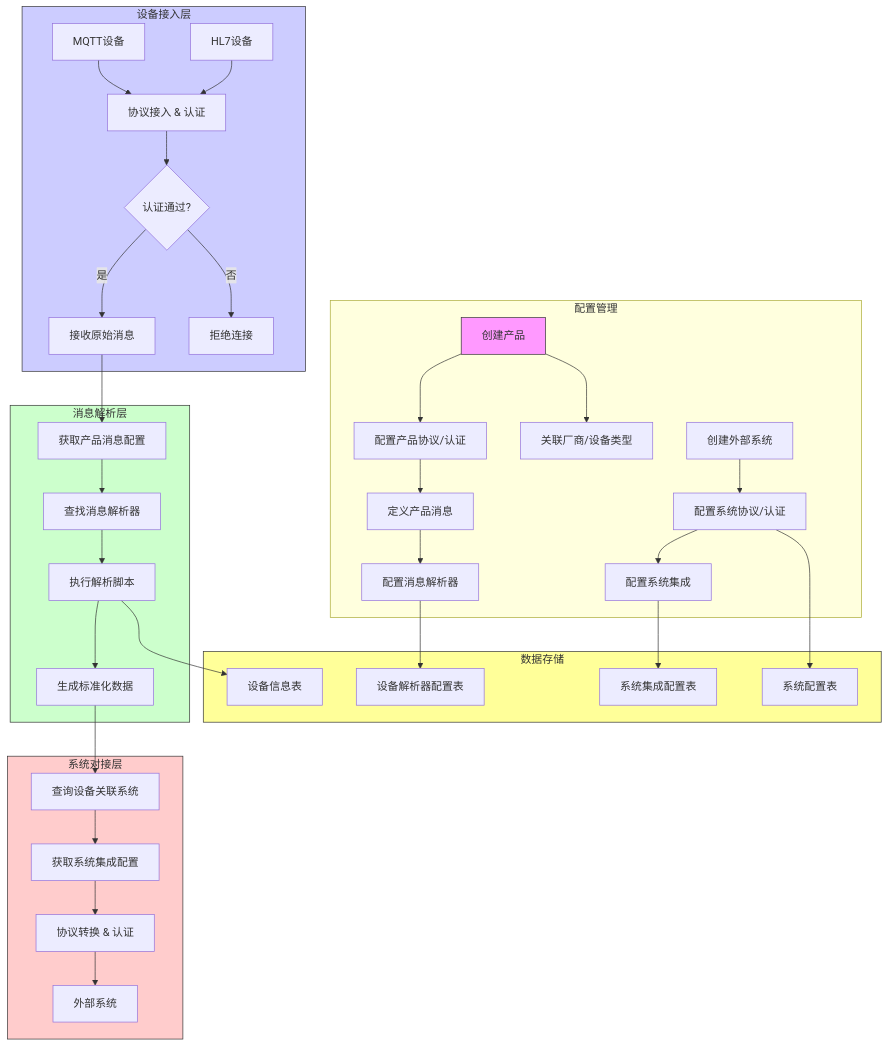
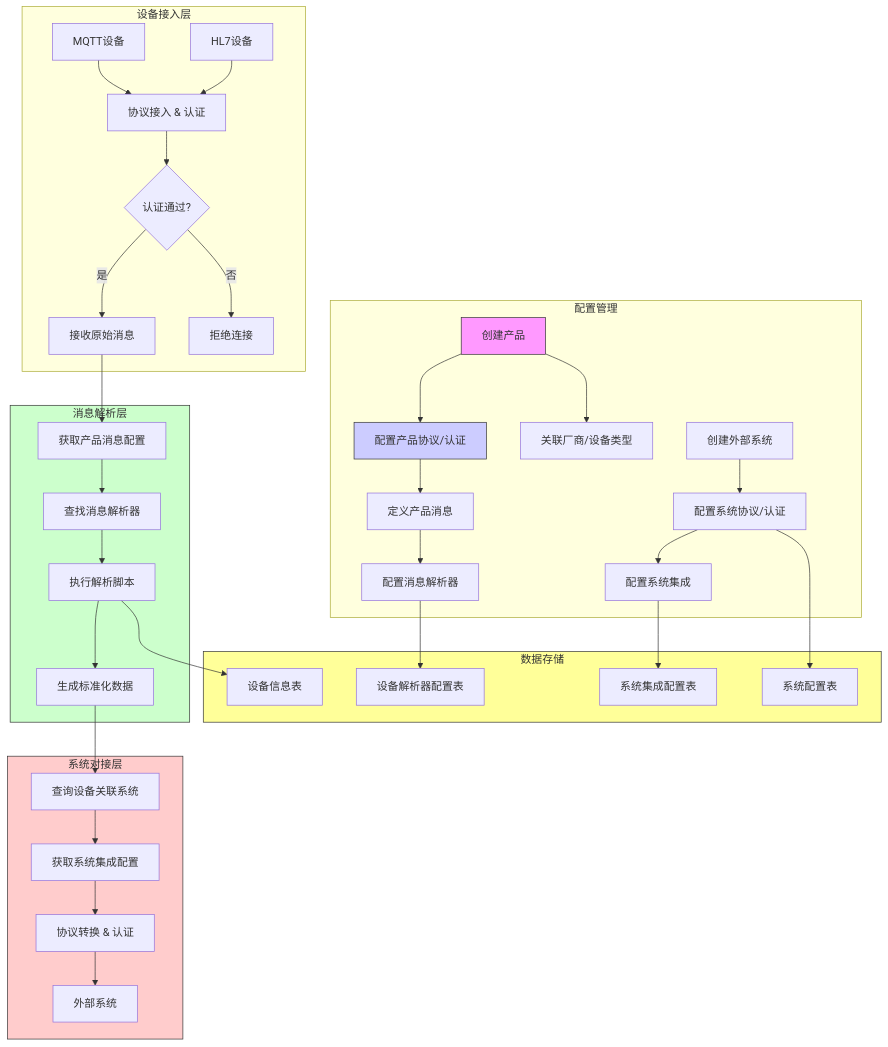
One commit to fuyong859050943/iodraw-files changed the diagram in all/未命名-5.md. Above: the diagram before and after it, drawn with Mermaid.

Commit message:
2025-02-25 19:40:26 update

````diff
--- a/all/未命名-5.md
+++ b/all/未命名-5.md
@@ -1,46 +1,46 @@
 ```mermaid
 graph TD
     subgraph 配置管理
         A[创建产品] --> B[配置产品协议/认证]
         B --> C[定义产品消息]
         C --> D[配置消息解析器]
         A --> E[关联厂商/设备类型]
         F[创建外部系统] --> G[配置系统协议/认证]
         G --> H[配置系统集成]
     end
     
     subgraph 设备接入层
         I[MQTT设备] --> J[协议接入 & 认证]
         K[HL7设备] --> J
         J --> L{认证通过?}
         L -->|是| M[接收原始消息]
         L -->|否| N[拒绝连接]
     end
     
     subgraph 消息解析层
         M --> O[获取产品消息配置]
         O --> P[查找消息解析器]
         P --> Q[执行解析脚本]
         Q --> R[生成标准化数据]
     end
     
     subgraph 系统对接层
         R --> S[查询设备关联系统]
         S --> T[获取系统集成配置]
         T --> U[协议转换 & 认证]
         U --> V[外部系统]
     end
     
     subgraph 数据存储
         D --> W[设备解析器配置表]
         Q --> X[设备信息表]
         H --> Y[系统集成配置表]
         G --> Z[系统配置表]
     end
     
     style A fill:#f9f,stroke:#333
-    style 设备接入层 fill:#ccf,stroke:#333
+    style B fill:#ccf,stroke:#333
     style 消息解析层 fill:#cfc,stroke:#333
     style 系统对接层 fill:#fcc,stroke:#333
     style 数据存储 fill:#ff9,stroke:#333
 ```
````
